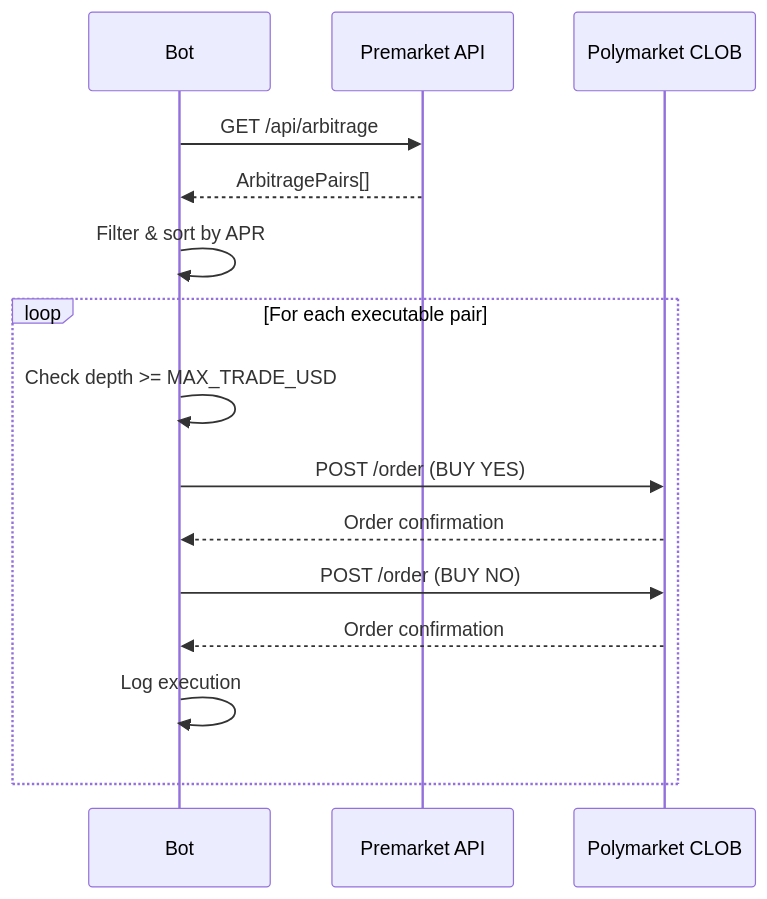
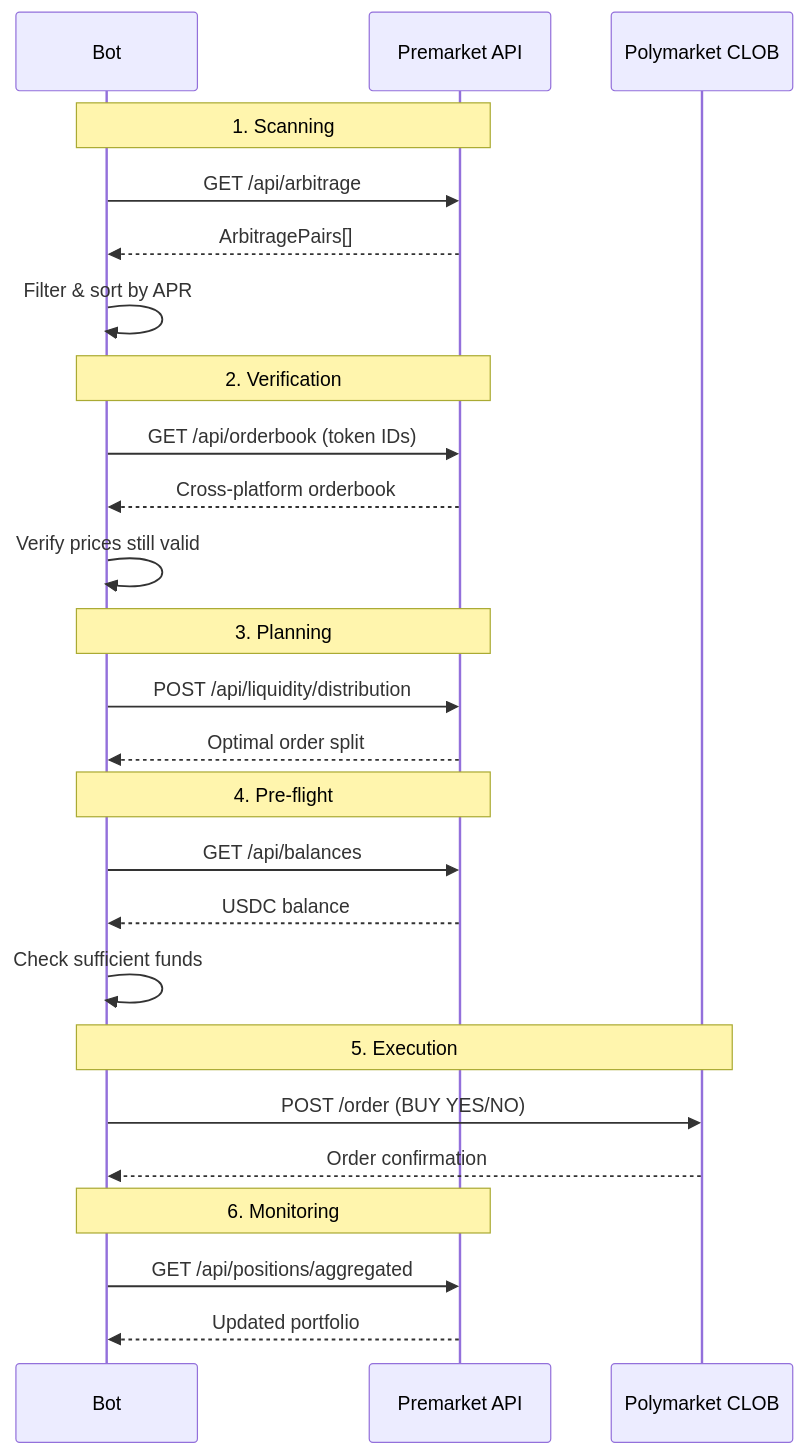
One commit to suenot/premarket-arbitrage-bot changed the diagram in docs/execution.md. Above: the diagram before and after it, drawn with Mermaid. The commit also changed other lines of this file and 3 other files, not shown here.

````diff
--- a/docs/execution.md
+++ b/docs/execution.md
@@ -89,20 +27,33 @@
 ```mermaid
 sequenceDiagram
     participant Bot
-    participant Premarket as Premarket API
+    participant PM as Premarket API
     participant CLOB as Polymarket CLOB
 
-    Bot->>Premarket: GET /api/arbitrage
-    Premarket-->>Bot: ArbitragePairs[]
-
+    Note over Bot,PM: 1. Scanning
+    Bot->>PM: GET /api/arbitrage
+    PM-->>Bot: ArbitragePairs[]
     Bot->>Bot: Filter & sort by APR
 
-    loop For each executable pair
-        Bot->>Bot: Check depth >= MAX_TRADE_USD
-        Bot->>CLOB: POST /order (BUY YES)
-        CLOB-->>Bot: Order confirmation
-        Bot->>CLOB: POST /order (BUY NO)
-        CLOB-->>Bot: Order confirmation
-        Bot->>Bot: Log execution
-    end
+    Note over Bot,PM: 2. Verification
+    Bot->>PM: GET /api/orderbook (token IDs)
+    PM-->>Bot: Cross-platform orderbook
+    Bot->>Bot: Verify prices still valid
+
+    Note over Bot,PM: 3. Planning
+    Bot->>PM: POST /api/liquidity/distribution
+    PM-->>Bot: Optimal order split
+
+    Note over Bot,PM: 4. Pre-flight
+    Bot->>PM: GET /api/balances
+    PM-->>Bot: USDC balance
+    Bot->>Bot: Check sufficient funds
+
+    Note over Bot,CLOB: 5. Execution
+    Bot->>CLOB: POST /order (BUY YES/NO)
+    CLOB-->>Bot: Order confirmation
+
+    Note over Bot,PM: 6. Monitoring
+    Bot->>PM: GET /api/positions/aggregated
+    PM-->>Bot: Updated portfolio
 ```
````
